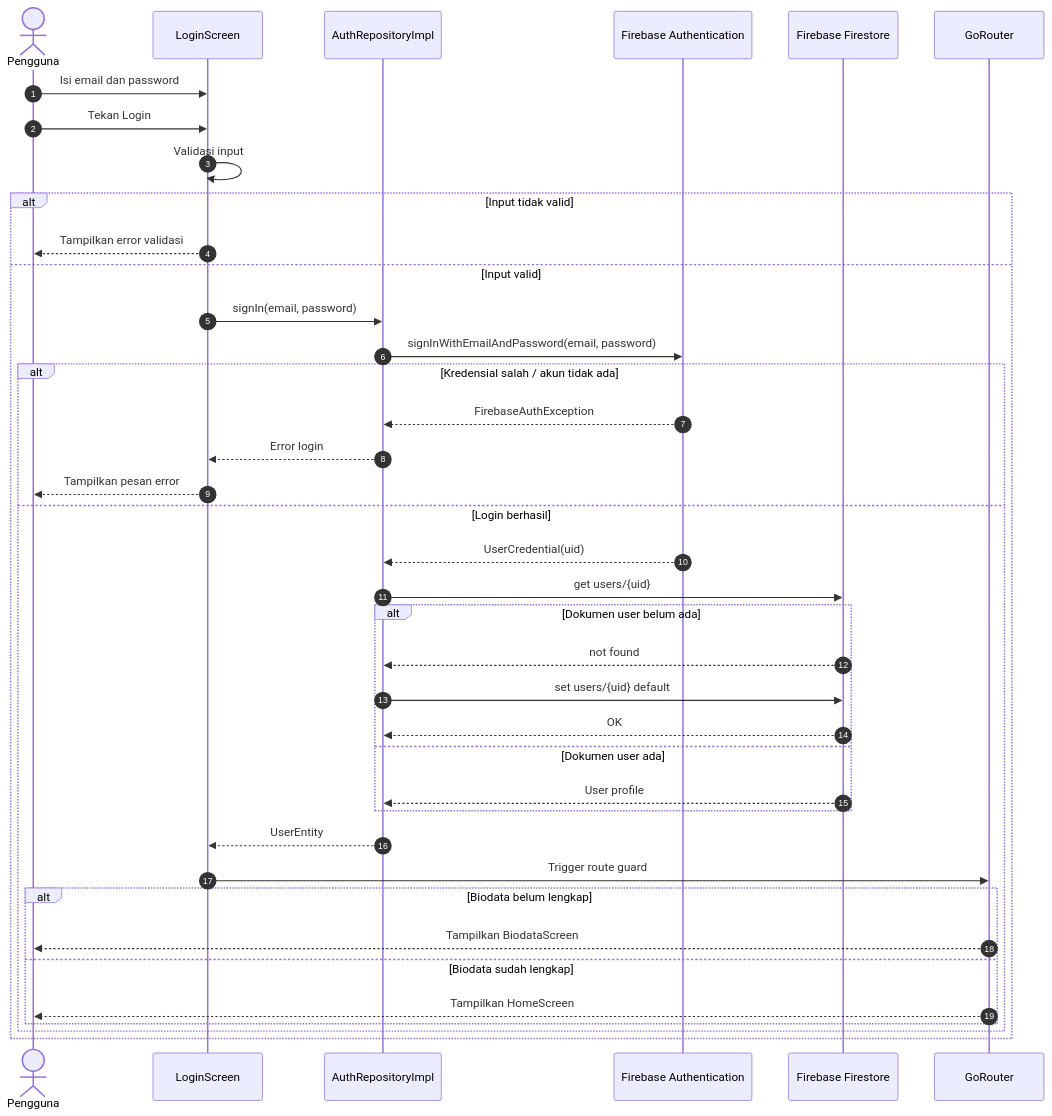
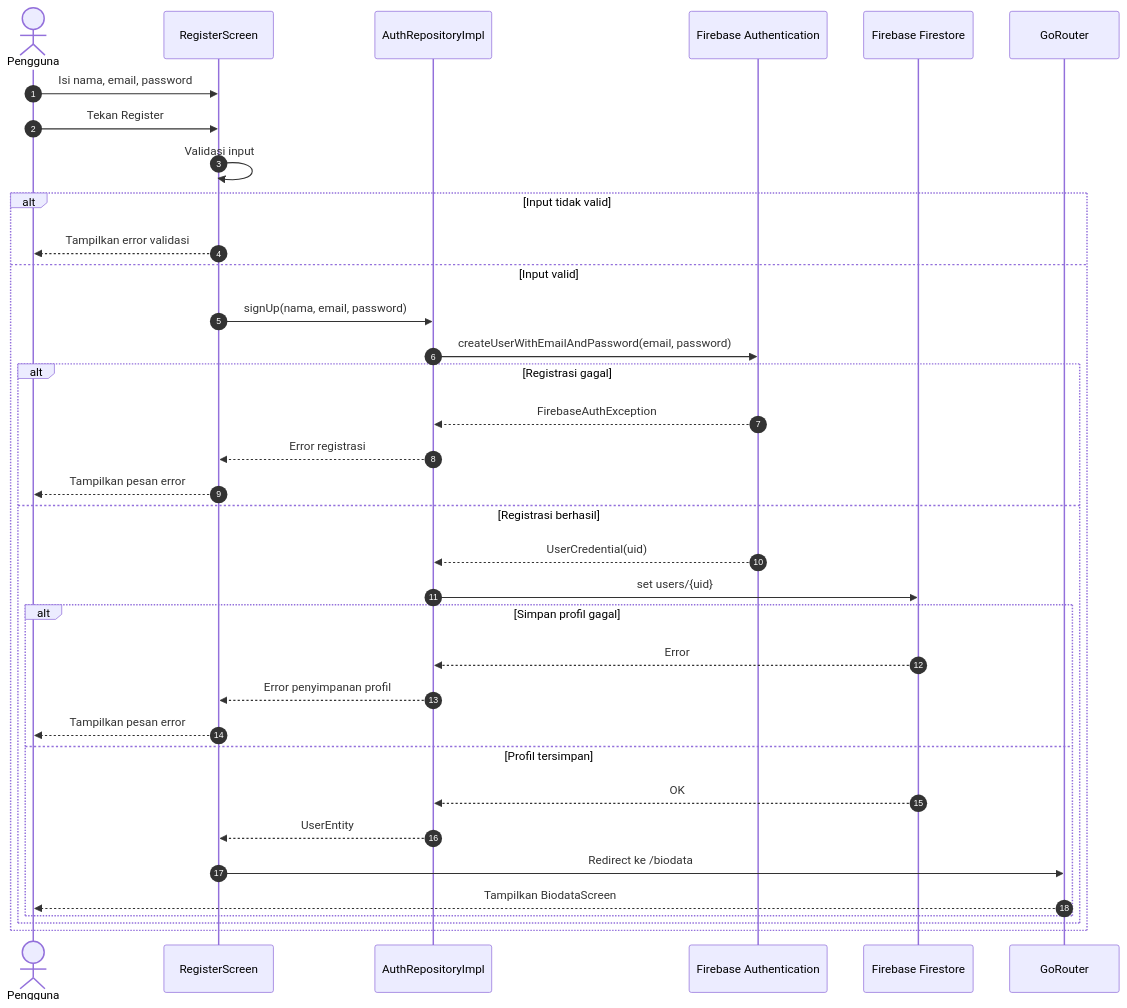
Before and after one commit to arifrachmatdx/Kinetra: diagram 15 of 24 in docs/uml.md, drawn with Mermaid. The commit also changed other lines of this file and 1 other file, not shown here.

Commit message:
docs: align UML diagrams with requested use cases

````diff
--- a/docs/uml.md
+++ b/docs/uml.md
@@ -877,42 +861,38 @@
 ```mermaid
 sequenceDiagram
     autonumber
     actor User as Pengguna
-    participant Login as LoginScreen
+    participant Register as RegisterScreen
     participant AuthRepo as AuthRepositoryImpl
     participant FirebaseAuth as Firebase Authentication
     participant Firestore as Firebase Firestore
     participant Router as GoRouter
 
-    User->>Login: Isi email dan password
-    User->>Login: Tekan Login
-    Login->>Login: Validasi input
+    User->>Register: Isi nama, email, password
+    User->>Register: Tekan Register
+    Register->>Register: Validasi input
     alt Input tidak valid
-        Login-->>User: Tampilkan error validasi
+        Register-->>User: Tampilkan error validasi
     else Input valid
-        Login->>AuthRepo: signIn(email, password)
-        AuthRepo->>FirebaseAuth: signInWithEmailAndPassword(email, password)
-        alt Kredensial salah / akun tidak ada
+        Register->>AuthRepo: signUp(nama, email, password)
+        AuthRepo->>FirebaseAuth: createUserWithEmailAndPassword(email, password)
+        alt Registrasi gagal
             FirebaseAuth-->>AuthRepo: FirebaseAuthException
-            AuthRepo-->>Login: Error login
-            Login-->>User: Tampilkan pesan error
-        else Login berhasil
+            AuthRepo-->>Register: Error registrasi
+            Register-->>User: Tampilkan pesan error
+        else Registrasi berhasil
             FirebaseAuth-->>AuthRepo: UserCredential(uid)
-            AuthRepo->>Firestore: get users/{uid}
-            alt Dokumen user belum ada
-                Firestore-->>AuthRepo: not found
-                AuthRepo->>Firestore: set users/{uid} default
+            AuthRepo->>Firestore: set users/{uid}
+            alt Simpan profil gagal
+                Firestore-->>AuthRepo: Error
+                AuthRepo-->>Register: Error penyimpanan profil
+                Register-->>User: Tampilkan pesan error
+            else Profil tersimpan
                 Firestore-->>AuthRepo: OK
-            else Dokumen user ada
-                Firestore-->>AuthRepo: User profile
-            end
-            AuthRepo-->>Login: UserEntity
-            Login->>Router: Trigger route guard
-            alt Biodata belum lengkap
+                AuthRepo-->>Register: UserEntity
+                Register->>Router: Redirect ke /biodata
                 Router-->>User: Tampilkan BiodataScreen
-            else Biodata sudah lengkap
-                Router-->>User: Tampilkan HomeScreen
             end
         end
     end
 ```
````
